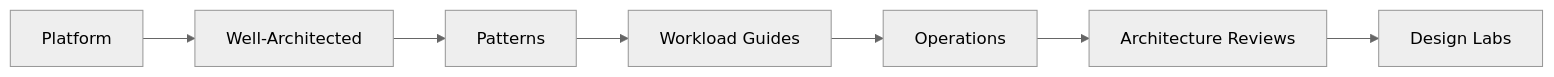
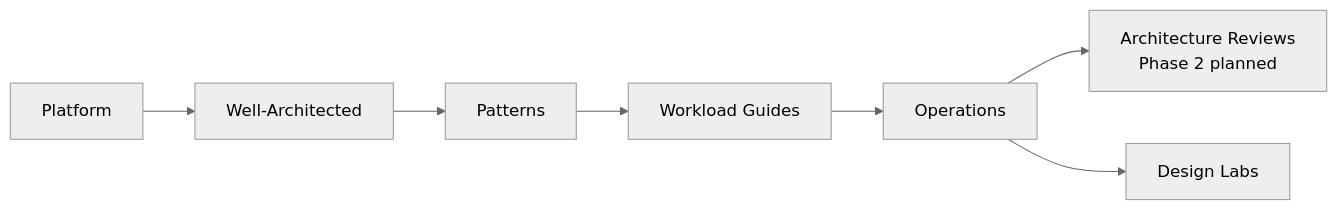
One commit to yeongseon/azure-architecture-practical-guide changed the diagram in docs/start-here/overview.md. Above: the diagram before and after it, drawn with Mermaid (neutral theme). The commit also changed other lines of this file and 70 other files, not shown here.

````diff
--- a/docs/start-here/overview.md
+++ b/docs/start-here/overview.md
@@ -86,9 +86,9 @@
 ```mermaid
 flowchart LR
     A[Platform] --> B[Well-Architected]
     B --> C[Patterns]
     C --> D[Workload Guides]
     D --> E[Operations]
-    E --> F[Architecture Reviews]
-    F --> G[Design Labs]
+    E --> F[Architecture Reviews<br/>Phase 2 planned]
+    E --> G[Design Labs]
 ```
````
